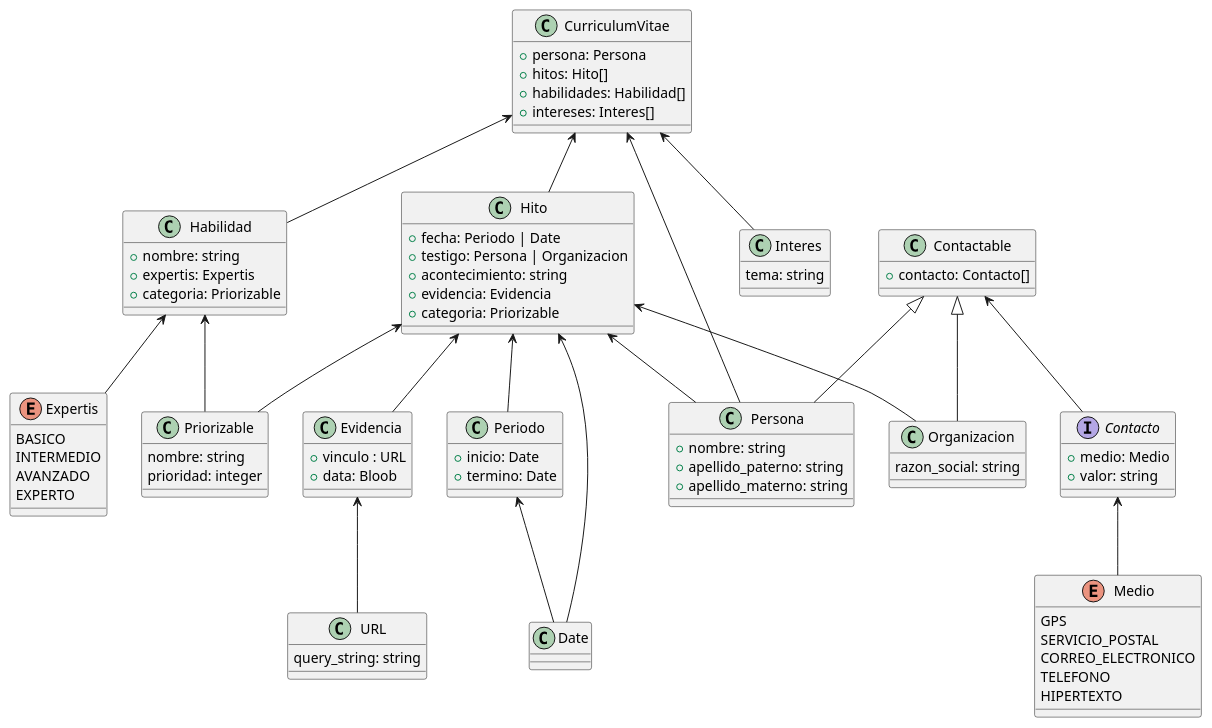
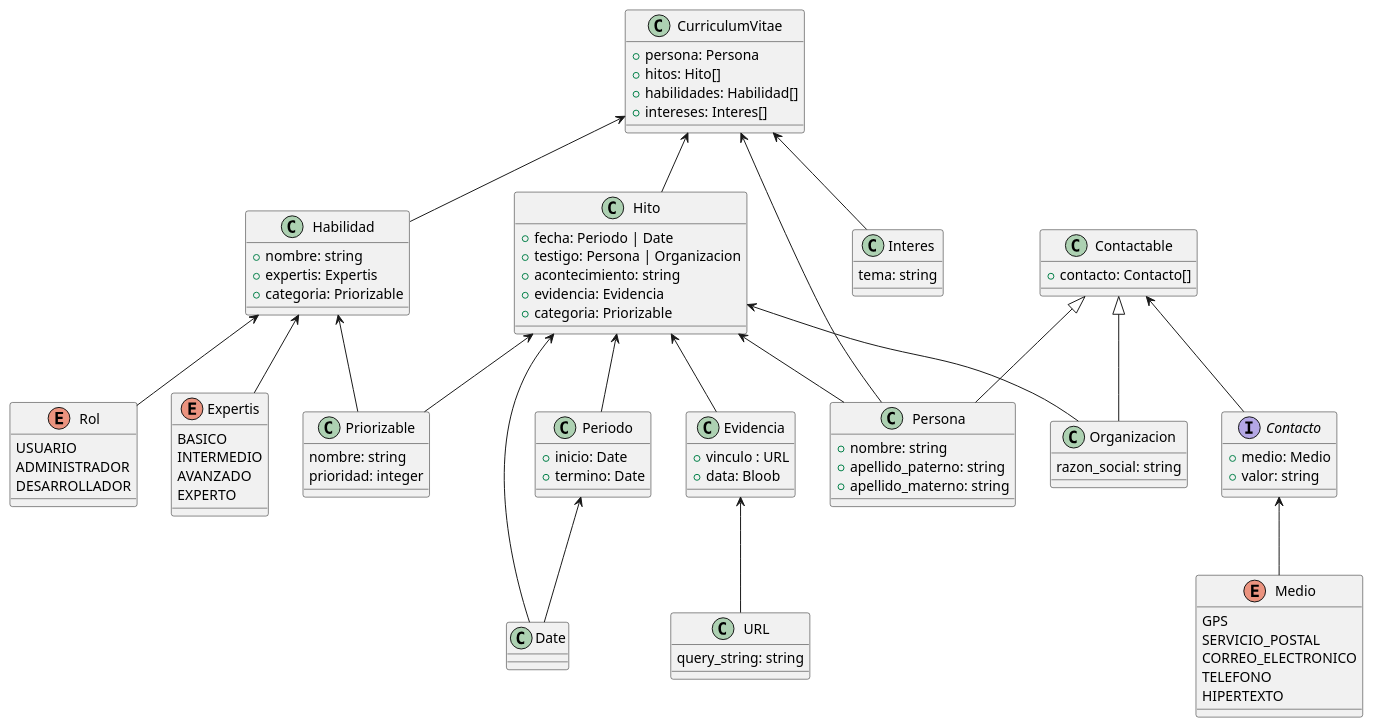
The diagram in arc/curriculum-vitae-class-diagram.puml (emirhg/curriculum-vitae), drawn with PlantUML before and after one commit.

Commit message:
new: doc: Nuevo rol en las habilidades

```diff
--- a/arc/curriculum-vitae-class-diagram.puml
+++ b/arc/curriculum-vitae-class-diagram.puml
@@ -1,102 +1,109 @@
 @startuml
   class CurriculumVitae {
     + persona: Persona
     + hitos: Hito[]
     + habilidades: Habilidad[]
     + intereses: Interes[]
   }
 
   class Interes {
     tema: string
   }
 
   class Priorizable {
     nombre: string
     prioridad: integer
   }
 
   class Habilidad {
     + nombre: string
     + expertis: Expertis
     + categoria: Priorizable
   }
 
   class Periodo {
     + inicio: Date
     + termino: Date
   }
 
   class Hito {
     + fecha: Periodo | Date
     + testigo: Persona | Organizacion
     + acontecimiento: string
     + evidencia: Evidencia
     + categoria: Priorizable
   }
 
   class URL {
     query_string: string
   }
 
   class Evidencia {
     + vinculo : URL
     + data: Bloob
   }
 
   class Organizacion extends Contactable {
     razon_social: string
   }
 
   enum Expertis {
       BASICO
       INTERMEDIO
       AVANZADO
       EXPERTO
   }
 
+  enum Rol {
+      USUARIO
+      ADMINISTRADOR
+      DESARROLLADOR
+  }
+
   class Persona extends Contactable {
     + nombre: string
     + apellido_paterno: string
     + apellido_materno: string
   }
 
   class Contactable {
     + contacto: Contacto[]
   }
 
   interface Contacto {
       + medio: Medio
       + valor: string
   }
 
   enum Medio {
     GPS
     SERVICIO_POSTAL
     CORREO_ELECTRONICO
     TELEFONO
     HIPERTEXTO
   }
 
   Contacto <-- Medio
 
   CurriculumVitae <-- Persona
   CurriculumVitae <-- Habilidad
   CurriculumVitae <-- Hito
   CurriculumVitae <-- Interes
 
   Evidencia <-- URL
 
   Habilidad <-- Expertis
   Habilidad <-- Priorizable
+  Habilidad <-- Rol
 
   Hito <-- Priorizable
   Hito <-- Evidencia
   Hito <-- Persona
   Hito <-- Organizacion
   Hito <-- Date
   Hito <-- Periodo
 
   Contactable <-- Contacto
 
   Periodo <-- Date
 @enduml
```
